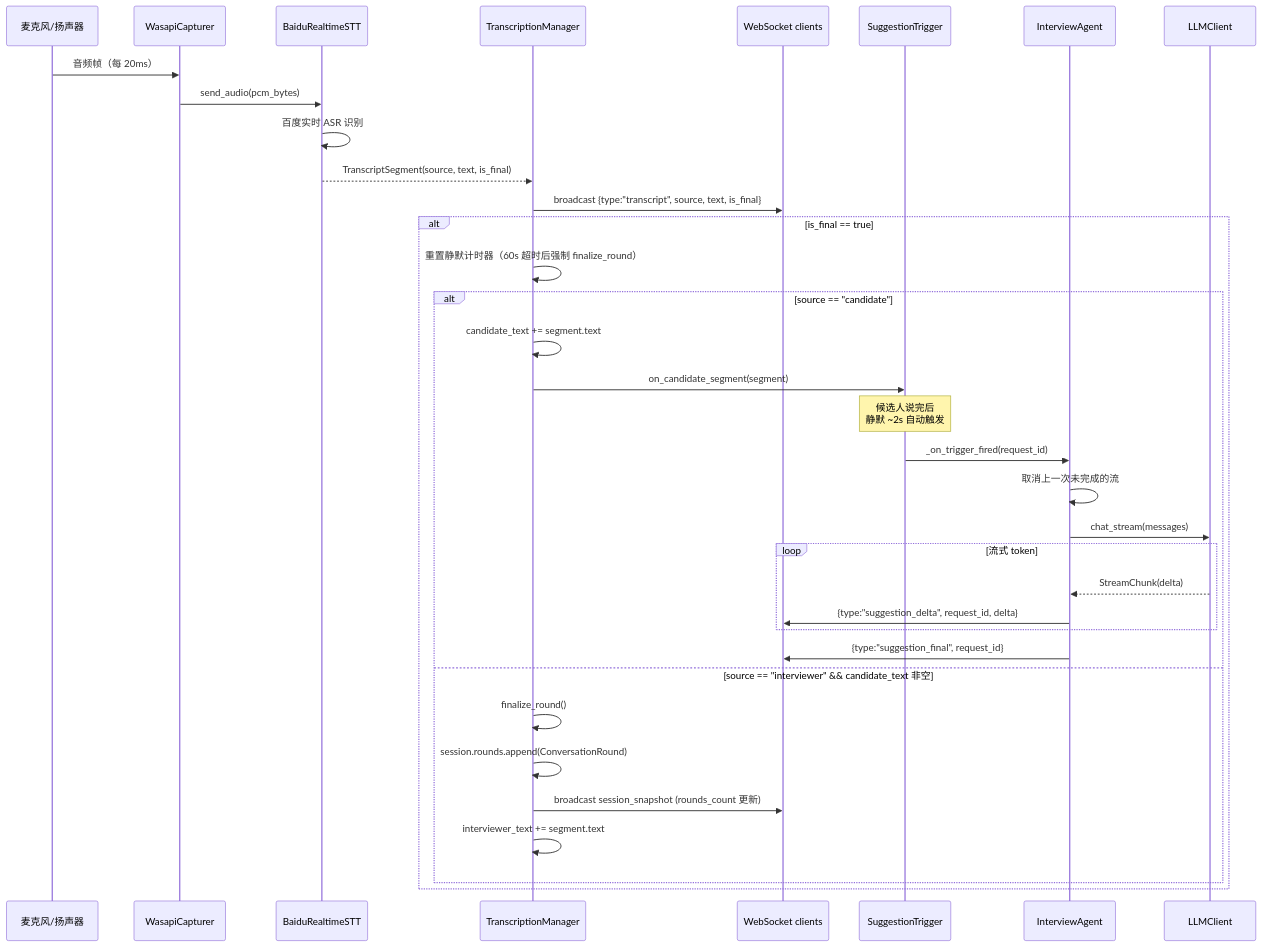
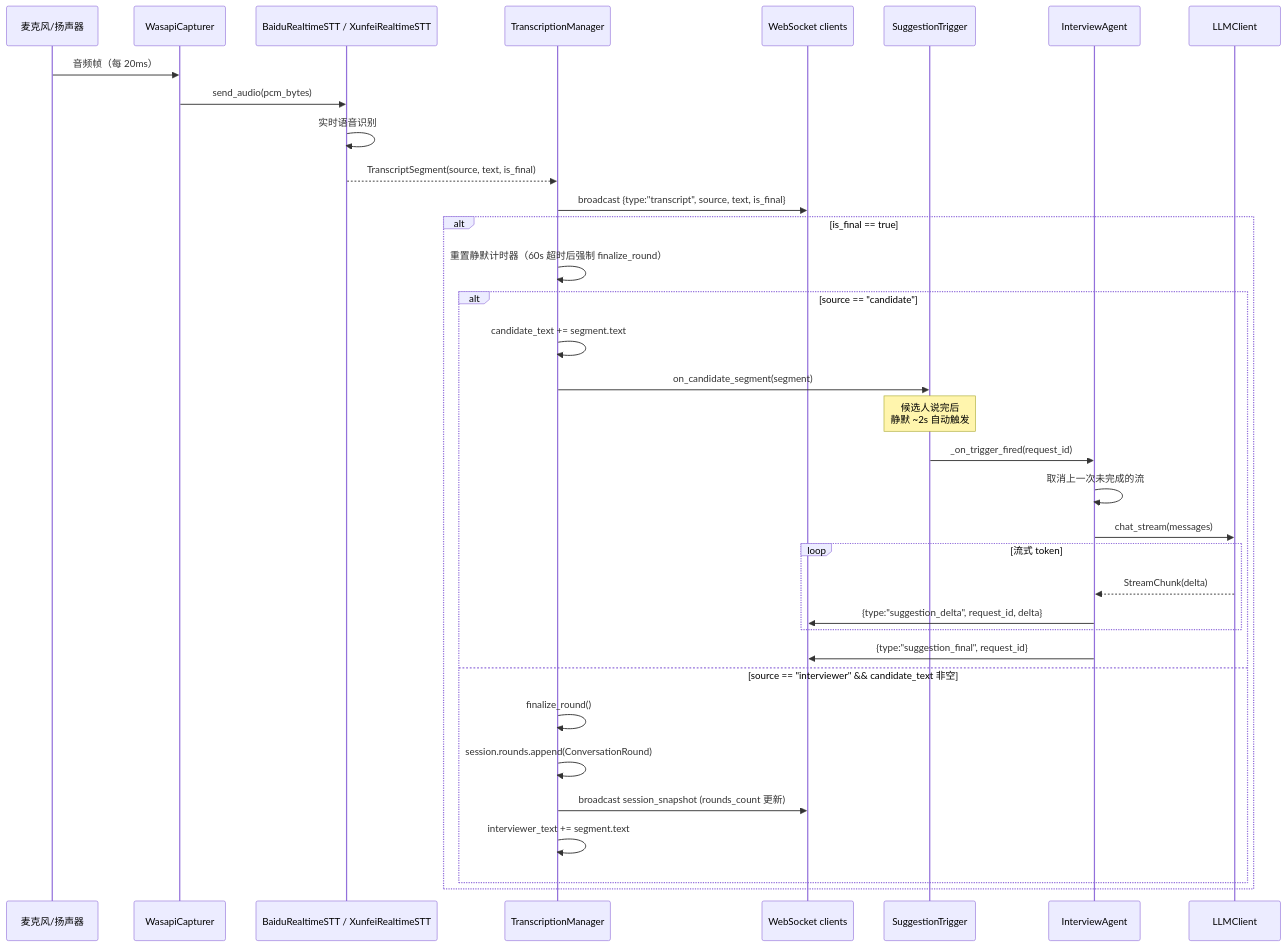
One commit to dygcjlu/interviewer-assistant changed the third of 5 diagrams in docs/arc/flows.md. Above: the diagram before and after it, drawn with Mermaid. The commit also changed other lines of this file and 31 other files, not shown here.

````diff
--- a/docs/arc/flows.md
+++ b/docs/arc/flows.md
@@ -91,38 +107,38 @@
 ```mermaid
 sequenceDiagram
     participant HW as 麦克风/扬声器
     participant CAP as WasapiCapturer
-    participant STT as BaiduRealtimeSTT
+    participant STT as BaiduRealtimeSTT / XunfeiRealtimeSTT
     participant TM as TranscriptionManager
     participant WS as WebSocket clients
     participant Trig as SuggestionTrigger
     participant IA as InterviewAgent
     participant LLM as LLMClient
 
     HW->>CAP: 音频帧（每 20ms）
     CAP->>STT: send_audio(pcm_bytes)
-    STT->>STT: 百度实时 ASR 识别
+    STT->>STT: 实时语音识别
     STT-->>TM: TranscriptSegment(source, text, is_final)
     TM->>WS: broadcast {type:"transcript", source, text, is_final}
     alt is_final == true
         TM->>TM: 重置静默计时器（60s 超时后强制 finalize_round）
         alt source == "candidate"
             TM->>TM: candidate_text += segment.text
             TM->>Trig: on_candidate_segment(segment)
             Note over Trig: 候选人说完后<br/>静默 ~2s 自动触发
             Trig->>IA: _on_trigger_fired(request_id)
             IA->>IA: 取消上一次未完成的流
             IA->>LLM: chat_stream(messages)
             loop 流式 token
                 LLM-->>IA: StreamChunk(delta)
                 IA->>WS: {type:"suggestion_delta", request_id, delta}
             end
             IA->>WS: {type:"suggestion_final", request_id}
         else source == "interviewer" && candidate_text 非空
             TM->>TM: finalize_round()
             TM->>TM: session.rounds.append(ConversationRound)
             TM->>WS: broadcast session_snapshot (rounds_count 更新)
             TM->>TM: interviewer_text += segment.text
         end
     end
 ```
````
